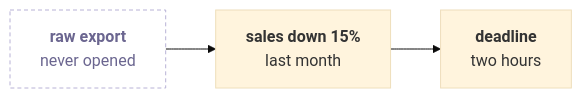
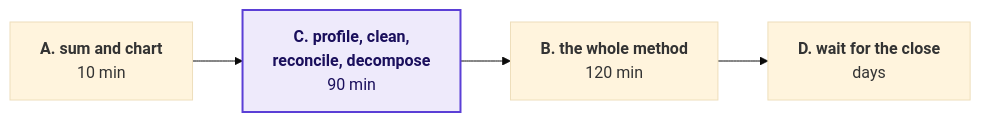
The fifth of 6 diagrams in content/W01/D5/slides/C2_W01_D05_rehearsal_STUDENT.md (fde-academy-lab/c2-content-factory), drawn with Mermaid (base theme) before and after one commit. The commit also changed other lines of this file and 11 other files, not shown here.

````diff
--- a/content/W01/D5/slides/C2_W01_D05_rehearsal_STUDENT.md
+++ b/content/W01/D5/slides/C2_W01_D05_rehearsal_STUDENT.md
@@ -209,7 +212,8 @@
 ```mermaid
 flowchart LR
-    X["<b>raw export</b><br/>never opened"] --> Q["<b>sales down 15%</b><br/>last month"]
-    Q --> D["<b>deadline</b><br/>two hours"]
-    classDef unknown fill:#FFFFFF,stroke:#B8B2D6,color:#6B6690,stroke-dasharray:4 3
-    class X unknown
+    A["<b>A. sum and chart</b><br/>10 min"] --> B["<b>C. profile, clean,<br/>reconcile, decompose</b><br/>90 min"]
+    B --> C["<b>B. the whole method</b><br/>120 min"]
+    C --> D["<b>D. wait for the close</b><br/>days"]
+    classDef known fill:#EEEAFB,stroke:#5B3FD6,color:#1A0F5C,stroke-width:2px
+    class B known
 ```
````
